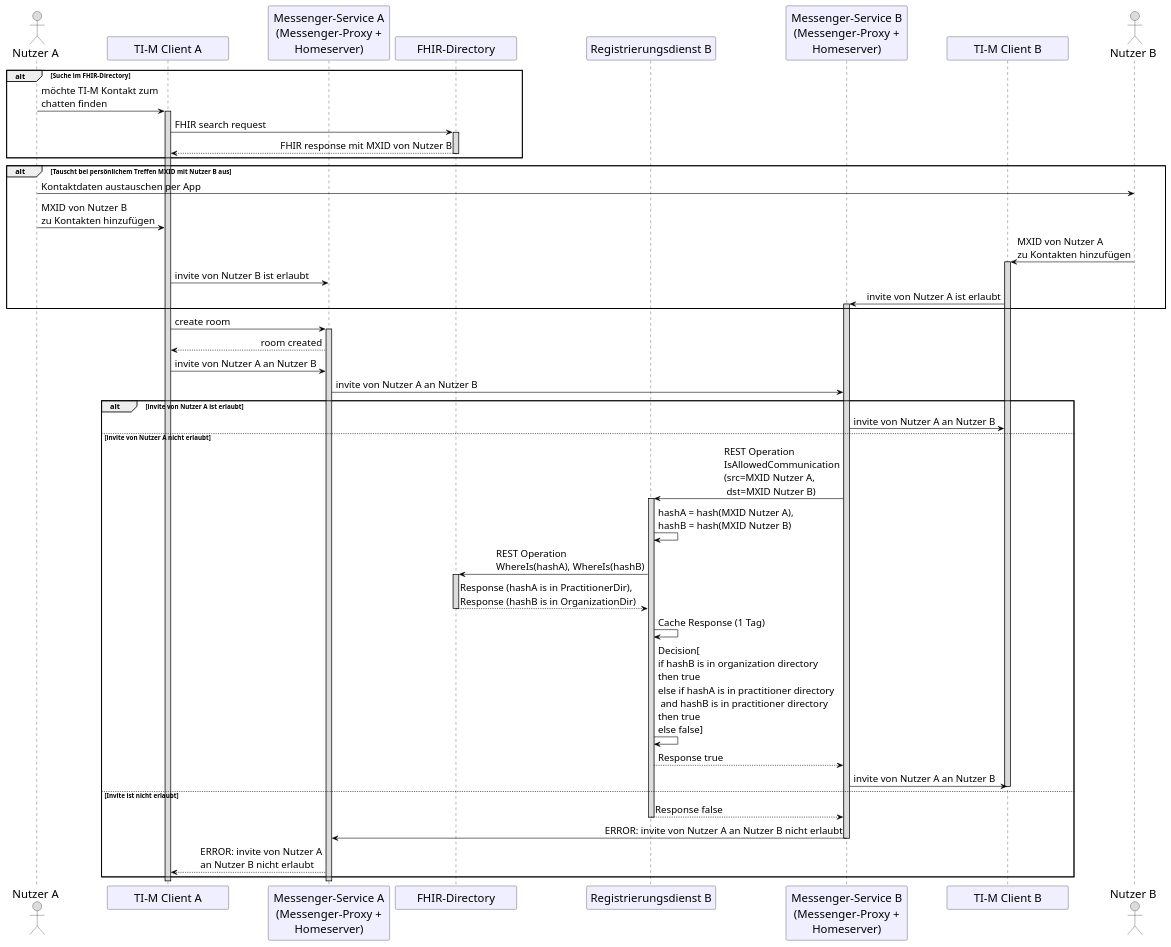
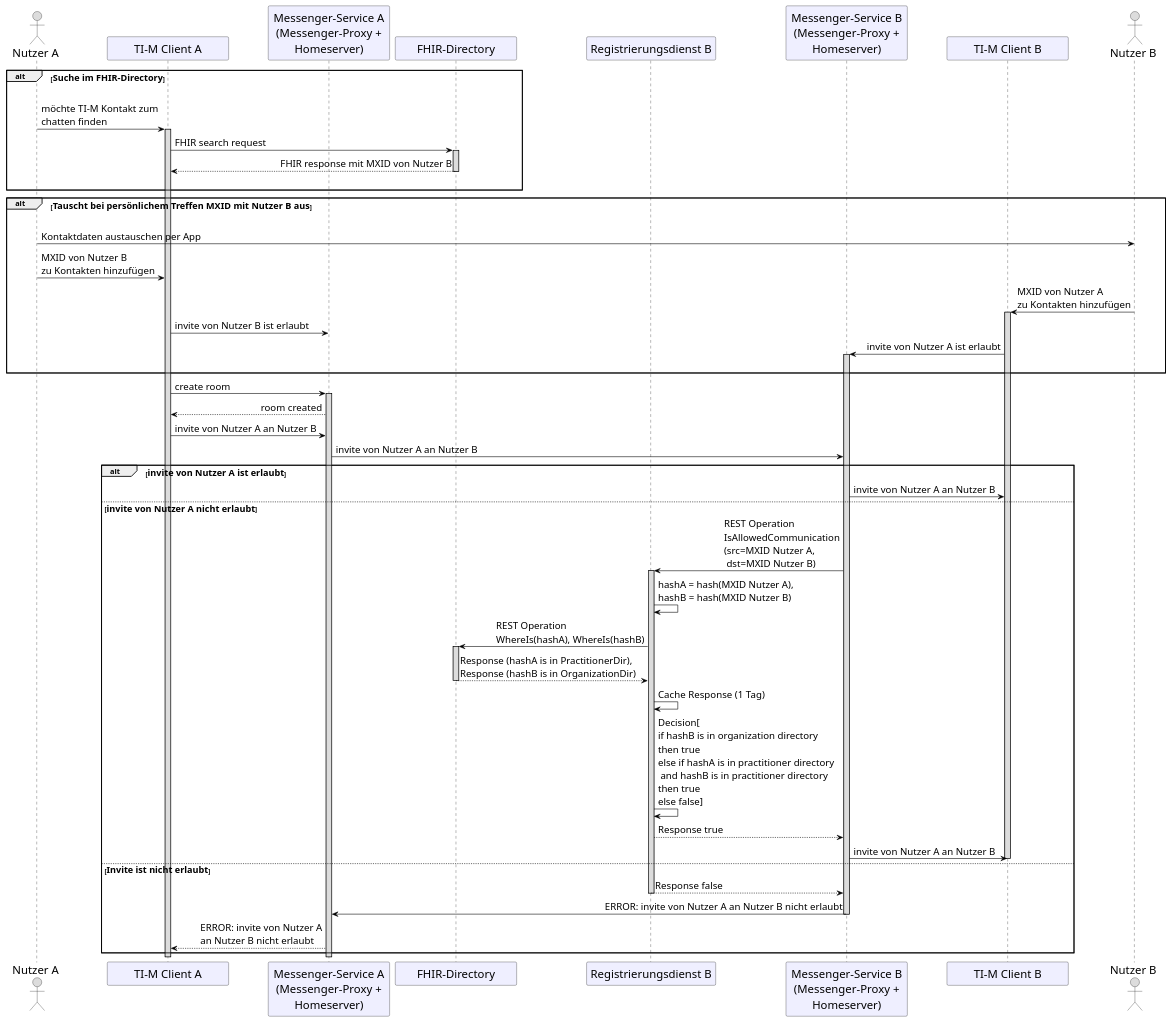
Before and after one commit to gematik/api-ti-messenger: the diagram in src/plantuml/architecture/Communication_control_without_PASSporT.puml, drawn with PlantUML.

```diff
--- a/src/plantuml/architecture/Communication_control_without_PASSporT.puml
+++ b/src/plantuml/architecture/Communication_control_without_PASSporT.puml
@@ -27,86 +27,90 @@
 @startuml
 skinparam sequenceMessageAlign direction
 skinparam minClassWidth 200
 skinparam BoxPadding 1
 skinparam sequenceReferenceHeaderBackgroundColor palegreen
 scale max 2048 width
 
 skinparam sequence {
 ArrowColor black
 ArrowFontSize 17
 ActorBorderColor black
 LifeLineBorderColor black
 LifeLineBackgroundColor Gainsboro
 
 ParticipantBorderColor Motivation
 ParticipantBackgroundColor Motivation
 ParticipantFontName Impact
 ParticipantFontSize 20
 ParticipantFontColor black
 ParticipantBorderColor Black
 ParticipantBackgroundColor MOTIVATION
 
 ActorBackgroundColor Gainsboro
 ActorFontColor black
 ActorFontSize 20
 ActorFontName Aapex
 }
 
 actor a as "Nutzer A"
 participant cl as "TI-M Client A"
 participant mp as "Messenger-Service A\n(Messenger-Proxy +\nHomeserver)"
 participant fd as "FHIR-Directory"
 participant rdb as "Registrierungsdienst B"
 participant mpb as "Messenger-Service B\n(Messenger-Proxy +\nHomeserver)"
 participant clb as "TI-M Client B"
 actor b as "Nutzer B"
 
-alt Suche im FHIR-Directory
+alt <size:16>Suche im FHIR-Directory</size>
+|||
 a -> cl: möchte TI-M Kontakt zum\nchatten finden
 activate cl
 cl -> fd: FHIR search request
 activate fd
 fd --> cl: FHIR response mit MXID von Nutzer B
 deactivate fd
+|||
 end
-alt Tauscht bei persönlichem Treffen MXID mit Nutzer B aus
+alt <size:16>Tauscht bei persönlichem Treffen MXID mit Nutzer B aus</size>
+|||
 a -> b: Kontaktdaten austauschen per App
 a -> cl: MXID von Nutzer B\nzu Kontakten hinzufügen
 b -> clb: MXID von Nutzer A\nzu Kontakten hinzufügen
 activate clb
 cl -> mp: invite von Nutzer B ist erlaubt
 clb -> mpb: invite von Nutzer A ist erlaubt
+|||
 activate mpb
 end
 cl -> mp: create room
 activate mp
 mp --> cl: room created
 
 ' Invite
 cl -> mp: invite von Nutzer A an Nutzer B
 mp -> mpb: invite von Nutzer A an Nutzer B
-alt invite von Nutzer A ist erlaubt
+alt <size:16>invite von Nutzer A ist erlaubt</size>
 mpb -> clb: invite von Nutzer A an Nutzer B
-else invite von Nutzer A nicht erlaubt
+else <size:16>invite von Nutzer A nicht erlaubt</size>
 mpb -> rdb: REST Operation\nIsAllowedCommunication\n(src=MXID Nutzer A,\n dst=MXID Nutzer B)
 activate rdb
 rdb -> rdb: hashA = hash(MXID Nutzer A),\nhashB = hash(MXID Nutzer B)
 rdb -> fd: REST Operation\nWhereIs(hashA), WhereIs(hashB)
 activate fd
 fd --> rdb: Response (hashA is in PractitionerDir),\nResponse (hashB is in OrganizationDir)
 deactivate fd
 rdb -> rdb: Cache Response (1 Tag)
 rdb -> rdb: Decision[\nif hashB is in organization directory\nthen true\nelse if hashA is in practitioner directory\n and hashB is in practitioner directory\nthen true\nelse false]
 rdb --> mpb: Response true
 mpb -> clb: invite von Nutzer A an Nutzer B
 deactivate clb
-else Invite ist nicht erlaubt
+else <size:16>Invite ist nicht erlaubt</size>
 rdb --> mpb: Response false
 deactivate rdb
 mpb -> mp: ERROR: invite von Nutzer A an Nutzer B nicht erlaubt
 deactivate mpb
 mp --> cl: ERROR: invite von Nutzer A\nan Nutzer B nicht erlaubt
 end
 deactivate mp
 deactivate cl
 @enduml
```
